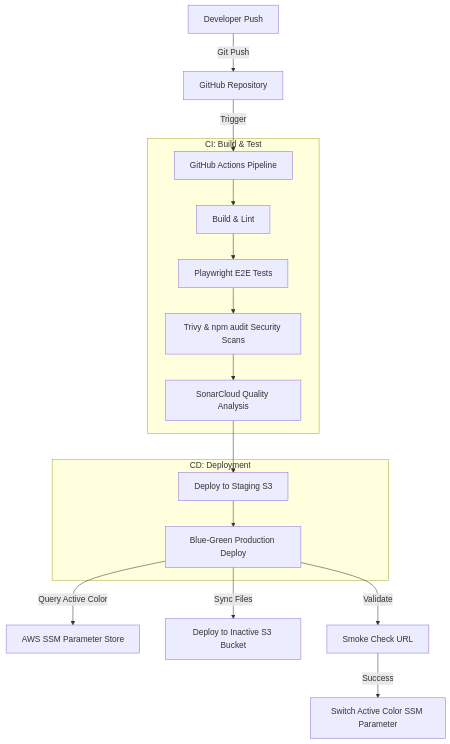
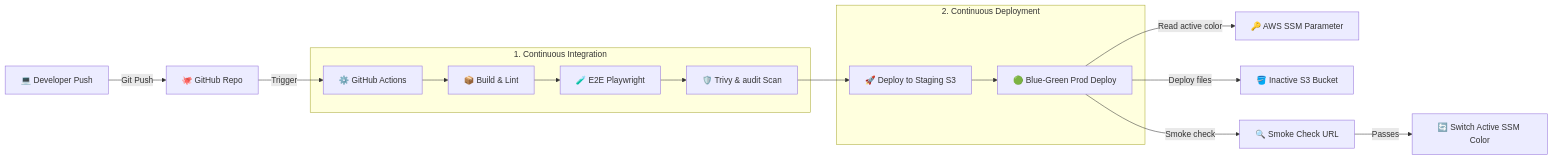
One commit to Vikas-K11/cicd changed the diagram in README.md. Above: the diagram before and after it, drawn with Mermaid. The commit also changed other lines of this file, not shown here.

````diff
--- a/README.md
+++ b/README.md
@@ -11,22 +29,21 @@
 ```mermaid
-graph TD
-    Developer[Developer Push] -->|Git Push| GitHub[GitHub Repository]
-    GitHub -->|Trigger| Pipeline[GitHub Actions Pipeline]
-    
-    subgraph CI_Stage [CI: Build & Test]
-        Pipeline --> Build[Build & Lint]
-        Build --> E2ETest[Playwright E2E Tests]
-        E2ETest --> Security[Trivy & npm audit Security Scans]
-        Security --> Sonar[SonarCloud Quality Analysis]
+graph LR
+    Dev[💻 Developer Push] -->|Git Push| GitHub[🐙 GitHub Repo]
+    GitHub -->|Trigger| Pipeline[⚙️ GitHub Actions]
+
+    subgraph CI [1. Continuous Integration]
+        Pipeline --> Build[📦 Build & Lint]
+        Build --> Playwright[🧪 E2E Playwright]
+        Playwright --> Security[🛡️ Trivy & audit Scan]
     end
 
-    subgraph CD_Stage [CD: Deployment]
-        Sonar --> DeployStg[Deploy to Staging S3]
-        DeployStg --> DeployProd[Blue-Green Production Deploy]
+    subgraph CD [2. Continuous Deployment]
+        Security --> StgDeploy[🚀 Deploy to Staging S3]
+        StgDeploy --> ProdDeploy[🟢 Blue-Green Prod Deploy]
     end
 
-    DeployProd -->|Query Active Color| SSM[AWS SSM Parameter Store]
-    DeployProd -->|Sync Files| S3Active[Deploy to Inactive S3 Bucket]
-    DeployProd -->|Validate| Smoke[Smoke Check URL]
-    Smoke -->|Success| SSMUpdate[Switch Active Color SSM Parameter]
+    ProdDeploy -->|Read active color| SSM[🔑 AWS SSM Parameter]
+    ProdDeploy -->|Deploy files| InactiveS3[🪣 Inactive S3 Bucket]
+    ProdDeploy -->|Smoke check| Verify[🔍 Smoke Check URL]
+    Verify -->|Passes| UpdateSSM[🔄 Switch Active SSM Color]
 ```
````
